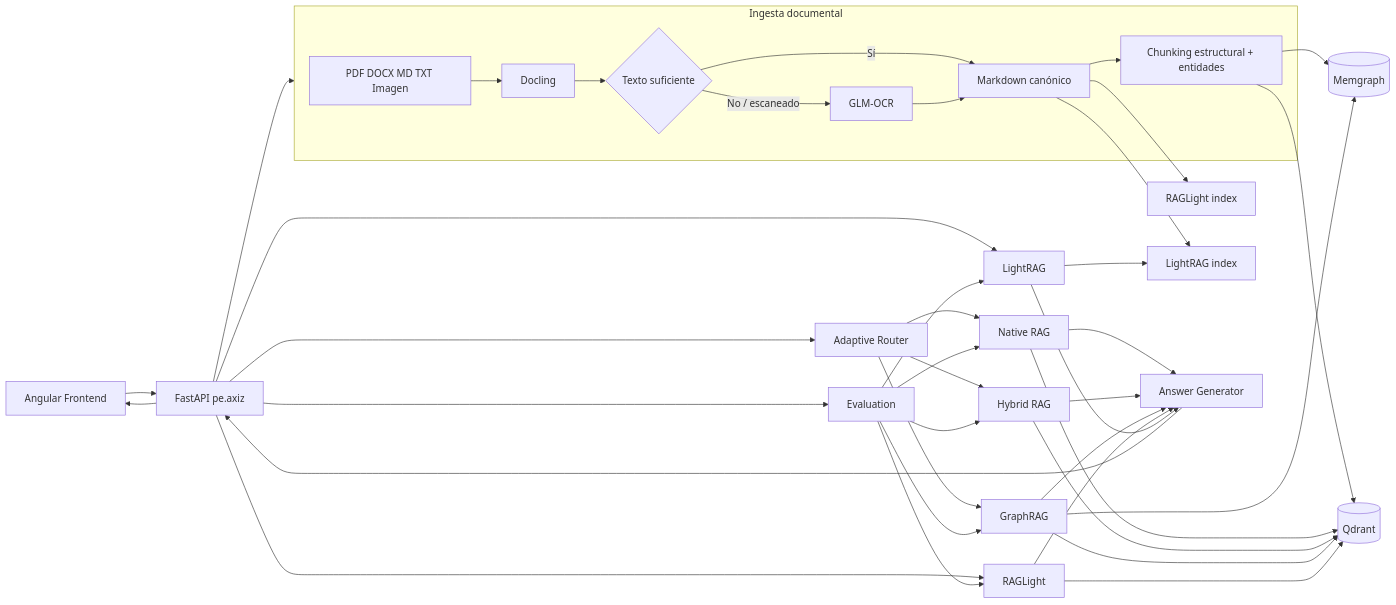
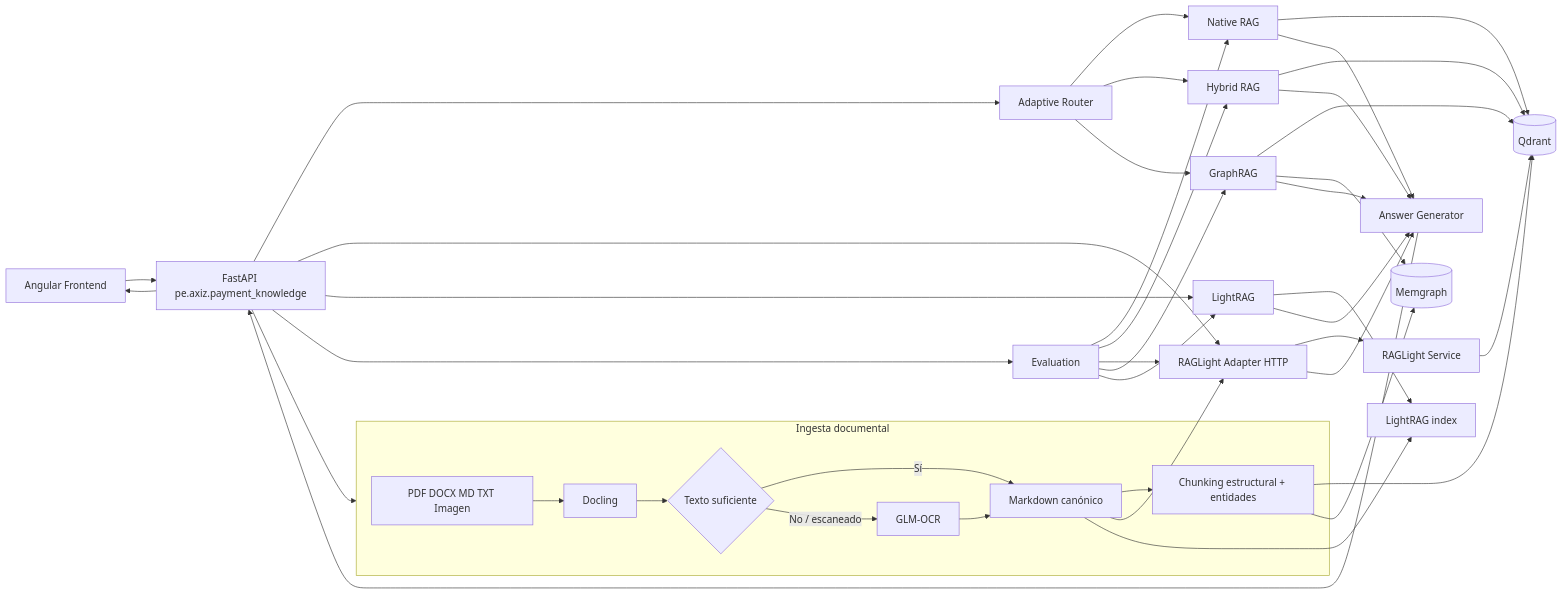
Before and after one commit to edgarrth/python-ocr-adaptive-rag: the diagram in README.md, drawn with Mermaid. The commit also changed other lines of this file and 27 other files, not shown here.

````diff
--- a/README.md
+++ b/README.md
@@ -55,48 +56,49 @@
 ```mermaid
 flowchart LR
-    UI[Angular Frontend] --> API[FastAPI pe.axiz]
+    UI[Angular Frontend] --> API[FastAPI pe.axiz.payment_knowledge]
 
     subgraph Ingestion[Ingesta documental]
       D[PDF DOCX MD TXT Imagen] --> DOC[Docling]
       DOC --> CHECK{Texto suficiente}
       CHECK -- Sí --> CAN[Markdown canónico]
       CHECK -- No / escaneado --> OCR[GLM-OCR]
       OCR --> CAN
       CAN --> CH[Chunking estructural + entidades]
     end
 
     API --> Ingestion
     CH --> Q[(Qdrant)]
     CH --> M[(Memgraph)]
-    CAN --> RL[RAGLight index]
+    CAN --> RLHTTP[RAGLight Adapter HTTP]
+    RLHTTP --> RLS[RAGLight Service]
+    RLS --> Q
     CAN --> LR[LightRAG index]
 
     API --> ROUTER[Adaptive Router]
     ROUTER --> NR[Native RAG]
     ROUTER --> HR[Hybrid RAG]
     ROUTER --> GR[GraphRAG]
-    API --> RLF[RAGLight]
+    API --> RLHTTP
     API --> LRF[LightRAG]
 
     NR --> Q
     HR --> Q
     GR --> Q
     GR --> M
-    RLF --> Q
     LRF --> LR
 
     NR --> GEN[Answer Generator]
     HR --> GEN
     GR --> GEN
-    RLF --> GEN
+    RLHTTP --> GEN
     LRF --> GEN
     GEN --> API
     API --> UI
 
     API --> EV[Evaluation]
     EV --> NR
     EV --> HR
-    EV --> RLF
+    EV --> RLHTTP
     EV --> GR
     EV --> LRF
 ```
````
